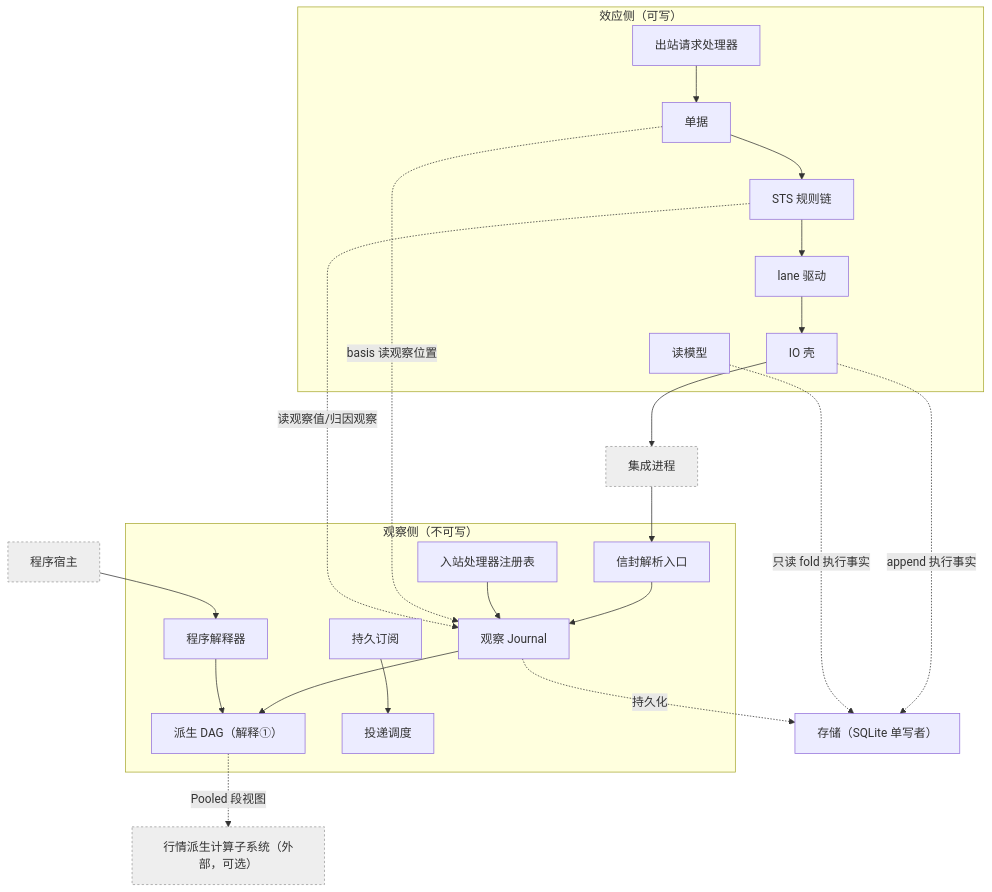
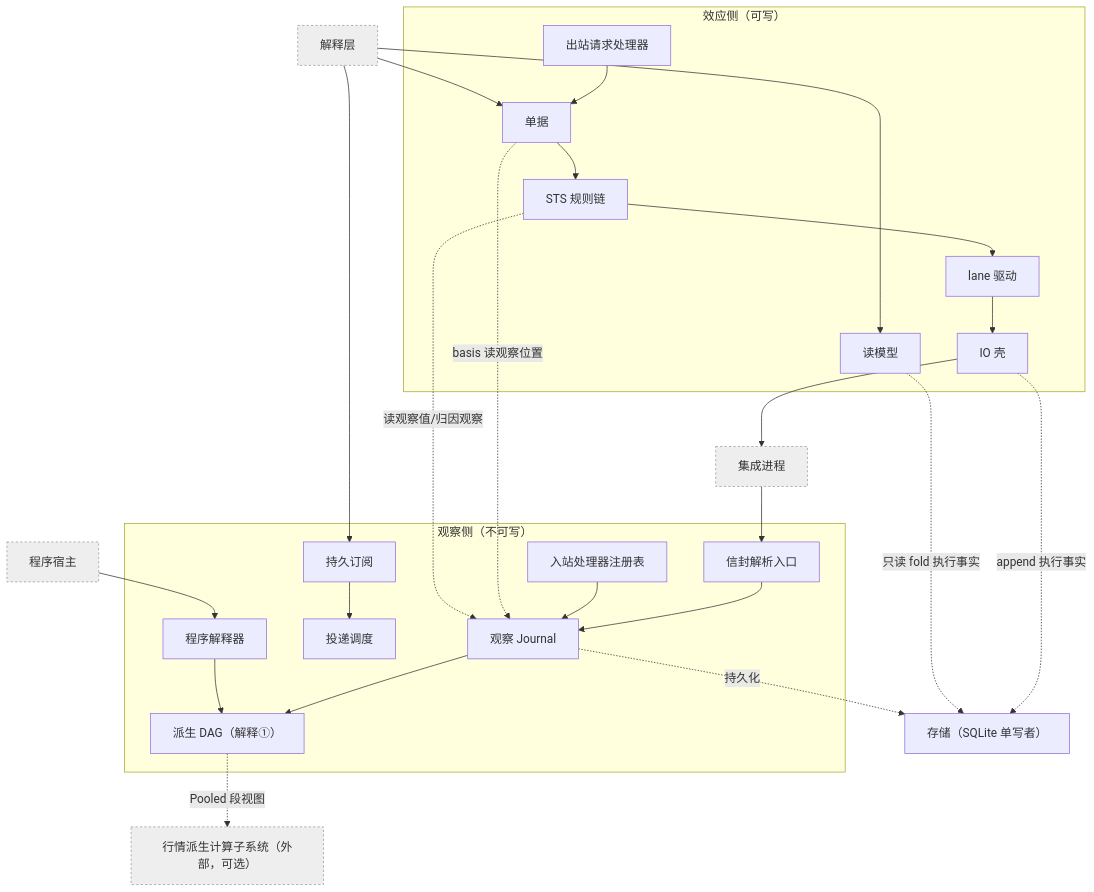
The second of 2 diagrams in design/core/07-processes-and-storage.md (mouriya-s-lab/uta), drawn with Mermaid before and after one commit. The commit also changed other lines of this file and 17 other files, not shown here.

````diff
--- a/design/core/07-processes-and-storage.md
+++ b/design/core/07-processes-and-storage.md
@@ -210,27 +215,30 @@
 ```mermaid
 flowchart TB
   subgraph EFFECT["效应侧（可写）"]
     TICKET["单据"] --> STS["STS 规则链"] --> LANE["lane 驱动"] --> IOSHELL["IO 壳"]
     OUTH["出站请求处理器"] --> TICKET
     RM["读模型"]
   end
   subgraph OBSERVE["观察侧（不可写）"]
     ENV["信封解析入口"] --> OJ["观察 Journal"]
     OJ --> DAG["派生 DAG（解释①）"]
     SUB["持久订阅"] --> DELIV["投递调度"]
     INH["入站处理器注册表"] --> OJ
     PROG["程序解释器"] --> DAG
   end
   INT["集成进程"] --> ENV
   HOST["程序宿主"] --> PROG
   IOSHELL --> INT
   STORE["存储（SQLite 单写者）"]
   TICKET -.basis 读观察位置.-> OJ
   STS -.读观察值/归因观察.-> OJ
   IOSHELL -.append 执行事实.-> STORE
   OJ -.持久化.-> STORE
   RM -.只读 fold 执行事实.-> STORE
+  IL["解释层"] --> SUB
+  IL --> RM
+  IL --> TICKET
   DAG -. Pooled 段视图 .-> HPC["行情派生计算子系统（外部，可选）"]
   classDef ext fill:#eee,stroke:#999,stroke-dasharray:3;
-  class HPC,INT,HOST ext;
+  class HPC,INT,HOST,IL ext;
 ```
````
